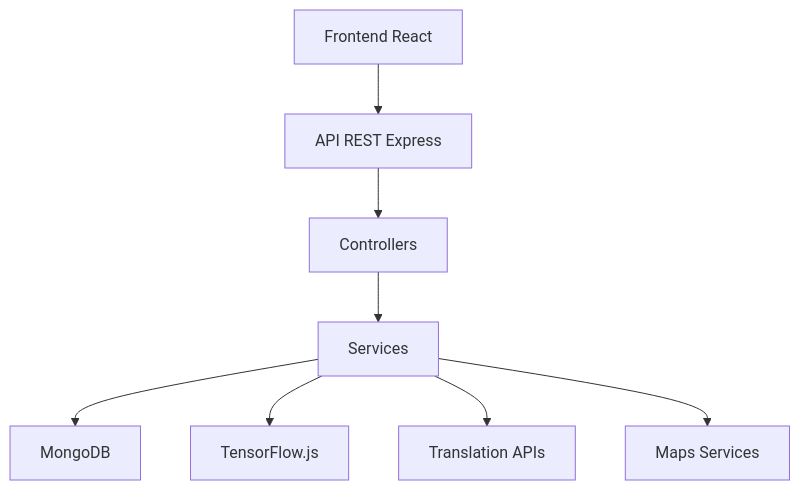
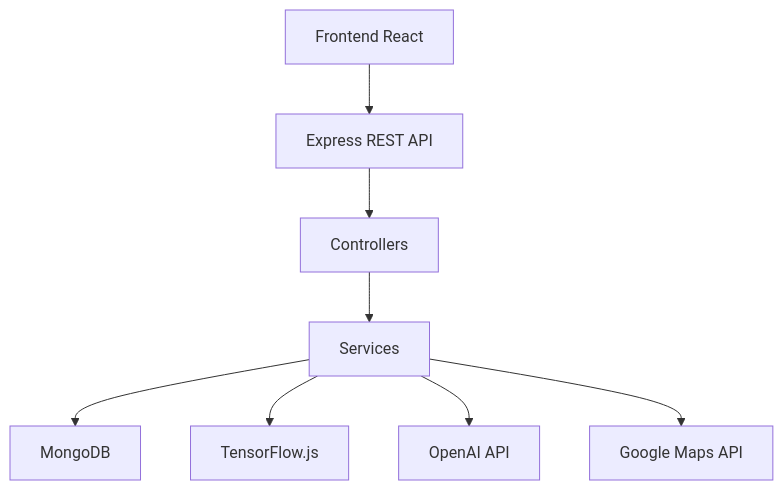
The first of 2 diagrams in docs/backend.md (Oumniya17/ole-sevilla-docs), drawn with Mermaid before and after one commit. The commit also changed other lines of this file and 2 other files, not shown here.

````diff
--- a/docs/backend.md
+++ b/docs/backend.md
@@ -44,19 +44,19 @@
 ```mermaid
 graph TD
 
 A[Frontend React]
 
-A --> B[API REST Express]
+A --> B[Express REST API]
 
 B --> C[Controllers]
 
 C --> D[Services]
 
 D --> E[MongoDB]
 
 D --> F[TensorFlow.js]
 
-D --> G[Translation APIs]
+D --> G[OpenAI API]
 
-D --> H[Maps Services]
+D --> H[Google Maps API]
 ```
````
